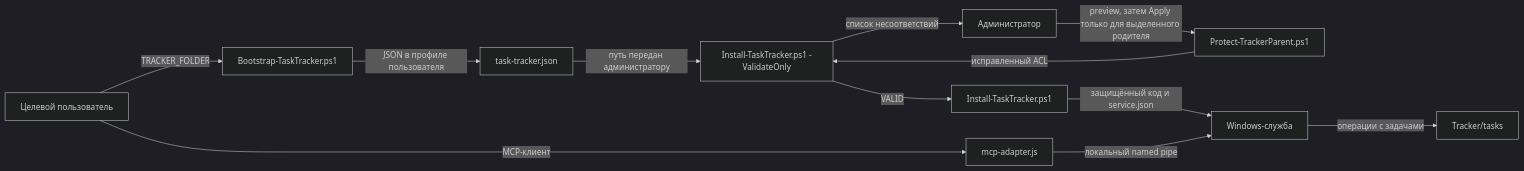
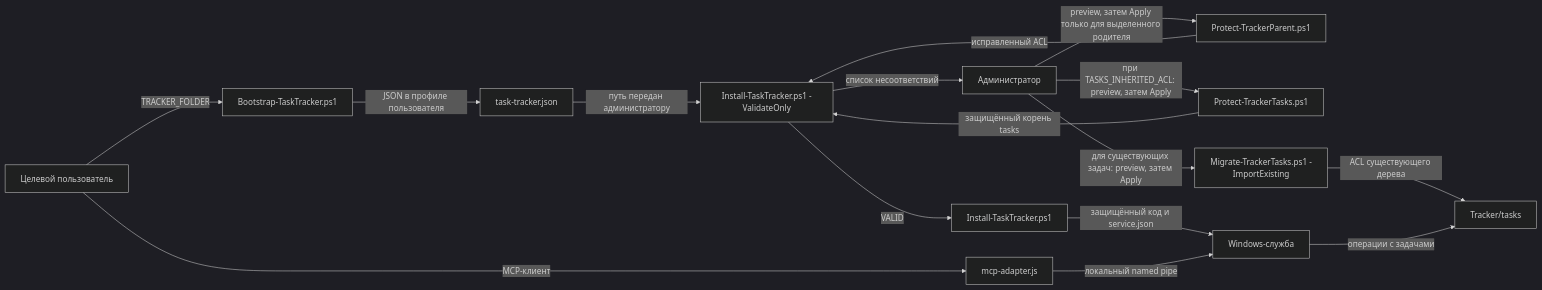
The diagram in docs/install-new-machine.md (twilight-slider/task-tracker), drawn with Mermaid (dark theme) before and after one commit. The commit also changed other lines of this file and 9 other files, not shown here.

````diff
--- a/docs/install-new-machine.md
+++ b/docs/install-new-machine.md
@@ -79,14 +119,18 @@
 ```mermaid
 flowchart LR
   U[Целевой пользователь] -->|TRACKER_FOLDER| B[Bootstrap-TaskTracker.ps1]
   B -->|JSON в профиле пользователя| J[task-tracker.json]
   J -->|путь передан администратору| P[Install-TaskTracker.ps1 -ValidateOnly]
   P -->|список несоответствий| A[Администратор]
   A -->|preview, затем Apply только для выделенного родителя| R[Protect-TrackerParent.ps1]
   R -->|исправленный ACL| P
+  A -->|при TASKS_INHERITED_ACL: preview, затем Apply| Q[Protect-TrackerTasks.ps1]
+  Q -->|защищённый корень tasks| P
   P -->|VALID| I[Install-TaskTracker.ps1]
   I -->|защищённый код и service.json| S[Windows-служба]
+  A -->|для существующих задач: preview, затем Apply| E[Migrate-TrackerTasks.ps1 -ImportExisting]
+  E -->|ACL существующего дерева| T
   U -->|MCP-клиент| M[mcp-adapter.js]
   M -->|локальный named pipe| S
   S -->|операции с задачами| T[Tracker/tasks]
 ```
````
